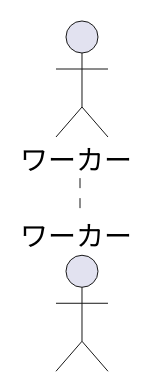
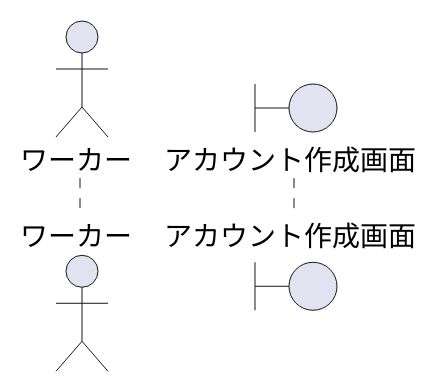
One commit to irukacb256/high_Me changed the diagram in sequence_fig/1_login_fn/1_ワーカーのアカウントを作成する.pu. Above: the diagram before and after it, drawn with PlantUML. The commit also changed 1 other file, not shown here.

```diff
--- a/sequence_fig/1_login_fn/1_ワーカーのアカウントを作成する.pu
+++ b/sequence_fig/1_login_fn/1_ワーカーのアカウントを作成する.pu
@@ -1,9 +1,12 @@
 @startuml ワーカーのアカウントを作成する
 
 ' 1
 actor ワーカー as wo1
 
+boundary アカウント作成画面 as acv
+
+
 ' 2
 
 
 @enduml
```
